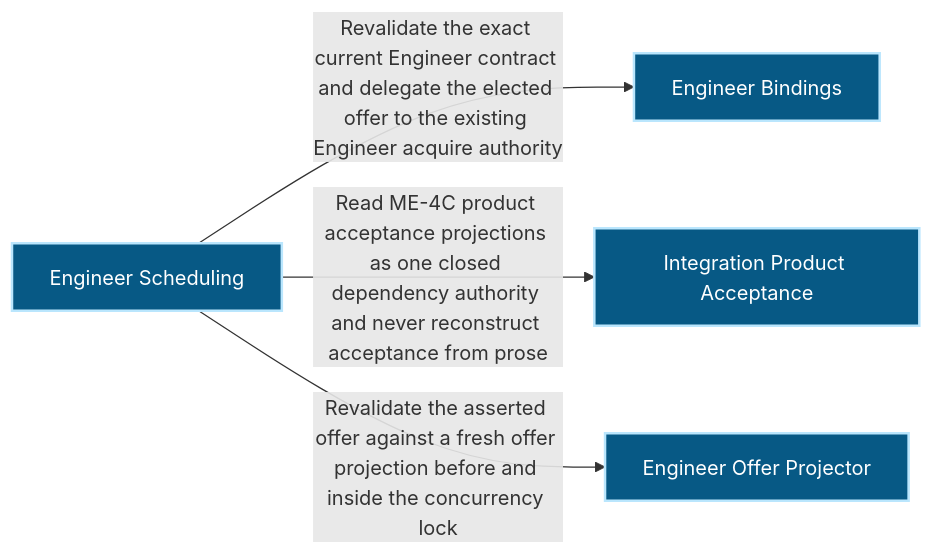
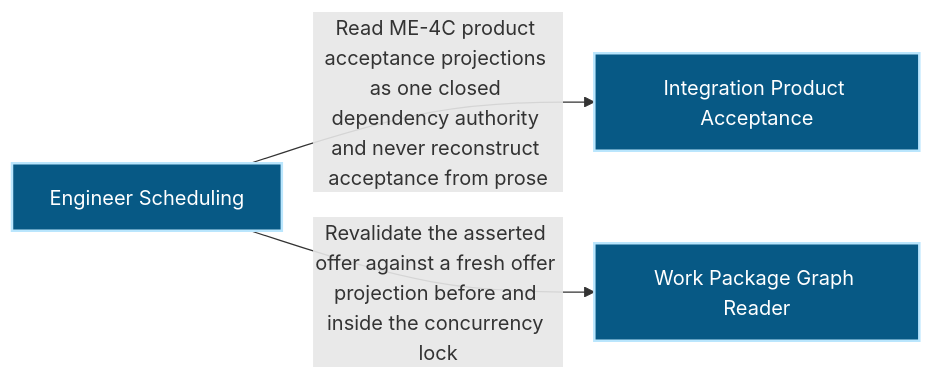
One commit to Ancienttwo/repo-harness changed the first of 2 diagrams in docs/architecture/modules/runtime-harness/engineer-scheduling.md. Above: the diagram before and after it, drawn with Mermaid. The commit also changed other lines of this file and 15 other files, not shown here.

Commit message:
docs(architecture): project slice B and drop retired PM and delegated-run entries

````diff
--- a/docs/architecture/modules/runtime-harness/engineer-scheduling.md
+++ b/docs/architecture/modules/runtime-harness/engineer-scheduling.md
@@ -16,14 +16,12 @@
 ```mermaid
 flowchart LR
-  p1_capability_runtime_harness_engineer_bindings_34c00f72["Engineer Bindings"]:::component
   p1_capability_runtime_harness_engineer_scheduling_022bd8e0["Engineer Scheduling"]:::component
   p1_capability_runtime_harness_integration_acceptance_8c7dd2d3["Integration Product Acceptance"]:::component
-  p1_component_engineer_scheduling_primary_1e5aff8c["Engineer Offer Projector"]:::component
-  p1_capability_runtime_harness_engineer_scheduling_022bd8e0 -->|"Revalidate the exact current Engineer contract and delegate the elected offer to the existing Engineer acquire authority"| p1_capability_runtime_harness_engineer_bindings_34c00f72
+  p1_component_engineer_scheduling_primary_1e5aff8c["Work Package Graph Reader"]:::component
   p1_capability_runtime_harness_engineer_scheduling_022bd8e0 -->|"Read ME-4C product acceptance projections as one closed dependency authority and never reconstruct acceptance from prose"| p1_capability_runtime_harness_integration_acceptance_8c7dd2d3
   p1_capability_runtime_harness_engineer_scheduling_022bd8e0 -->|"Revalidate the asserted offer against a fresh offer projection before and inside the concurrency lock"| p1_component_engineer_scheduling_primary_1e5aff8c
   classDef actor fill:#111827,color:#ffffff,stroke:#f9fafb,stroke-width:2px
   classDef component fill:#075985,color:#ffffff,stroke:#bae6fd,stroke-width:2px
   classDef datastore fill:#3f6212,color:#ffffff,stroke:#d9f99d,stroke-width:2px
   classDef external fill:#7c2d12,color:#ffffff,stroke:#fed7aa,stroke-width:2px
 ```
````
